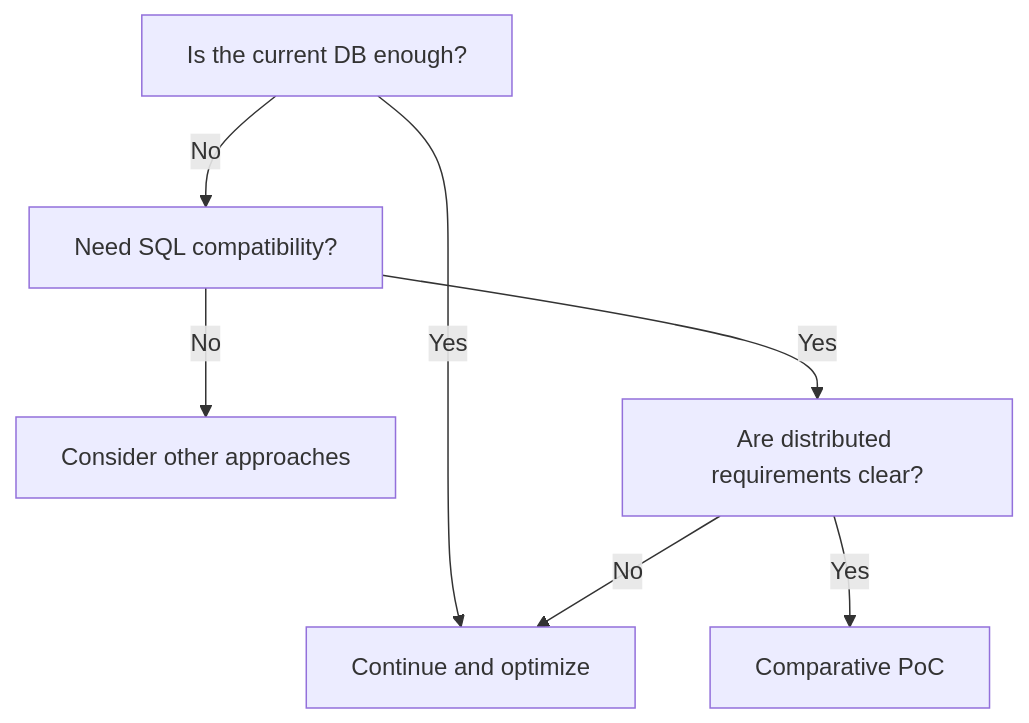
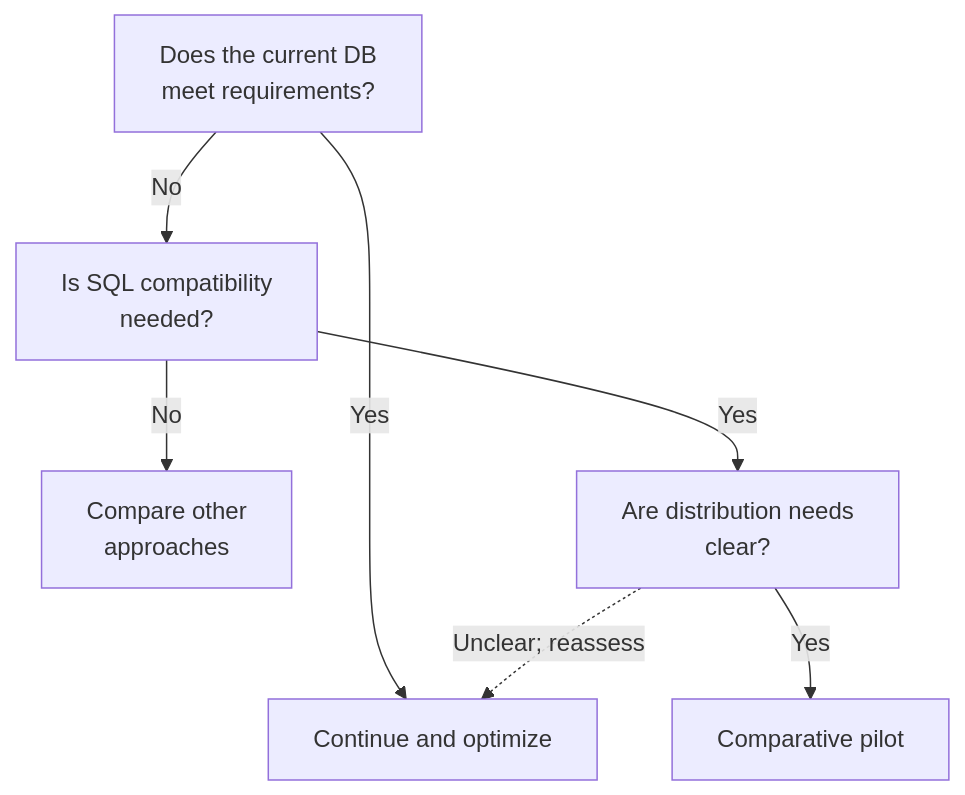
Before and after one commit to daylight55/research: the third of 3 diagrams in articles/report/newsql-yugabyte-brief/en/index.mdx, drawn with Mermaid. The commit also changed other lines of this file and 181 other files, not shown here.

First line of the commit message:
全記事の図解368点を再生成し、共通注意書きを削除 (#402)

````diff
--- a/articles/report/newsql-yugabyte-brief/en/index.mdx
+++ b/articles/report/newsql-yugabyte-brief/en/index.mdx
@@ -124,9 +137,17 @@
 ```mermaid
 flowchart TD
-  Q1["Is the current DB enough?"] -->|Yes| Keep["Continue and optimize"]
-  Q1 -->|No| Q2["Need SQL compatibility?"]
-  Q2 -->|No| Alt["Consider other approaches"]
-  Q2 -->|Yes| Q3["Are distributed requirements clear?"]
-  Q3 -->|Yes| PoC["Comparative PoC"]
-  Q3 -->|No| Keep
+  accTitle: From distributed-database requirements to a comparative pilot
+  accDescr: Check whether the current database suffices, then whether SQL compatibility and distribution are required before choosing a pilot.
+  N0["Does the current DB<br/>meet requirements?"]
+  N1["Continue and optimize"]
+  N2["Is SQL compatibility<br/>needed?"]
+  N3["Compare other<br/>approaches"]
+  N4["Are distribution needs<br/>clear?"]
+  N5["Comparative pilot"]
+  N0 -->|Yes| N1
+  N0 -->|No| N2
+  N2 -->|No| N3
+  N2 -->|Yes| N4
+  N4 -->|Yes| N5
+  N4 -.->|Unclear; reassess| N1
 ```
````
